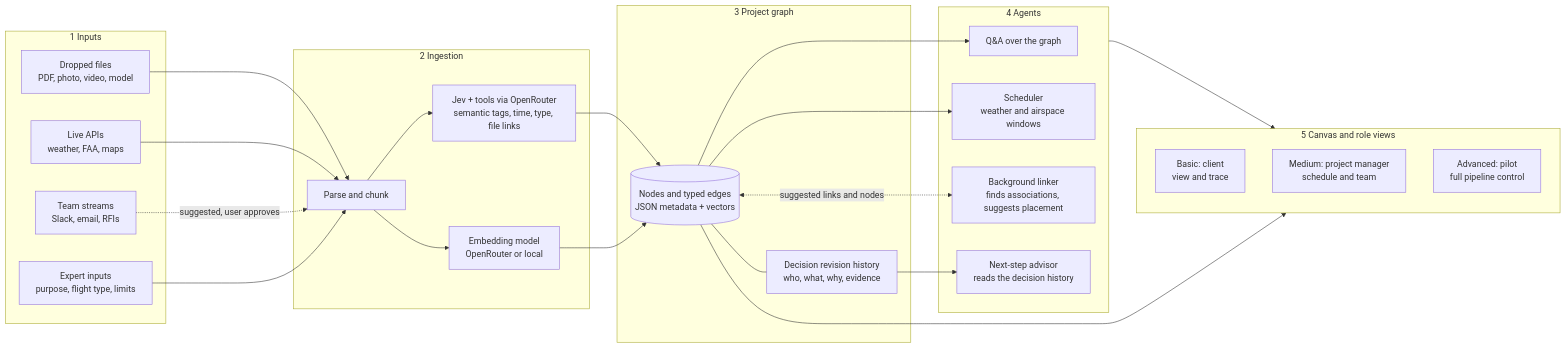
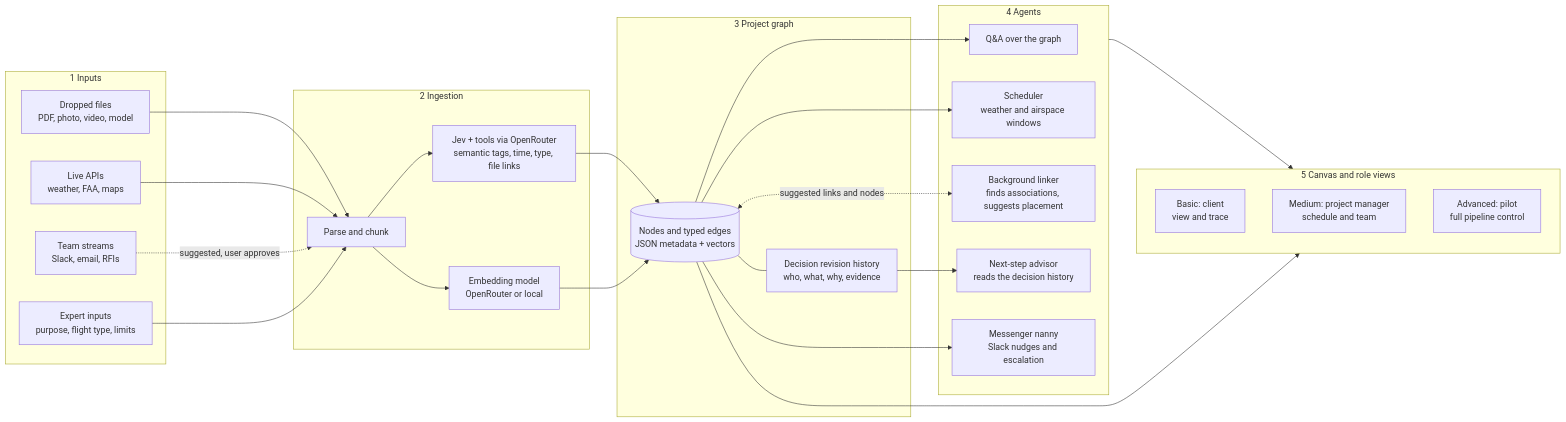
Before and after one commit to shermanry/agentic_project_management_aetech2026: the diagram in Ryan/plan.md, drawn with Mermaid. The commit also changed other lines of this file and 1 other file, not shown here.

Commit message:
Add Slack messenger nanny for deliverables and dropped balls

````diff
--- a/Ryan/plan.md
+++ b/Ryan/plan.md
@@ -25,48 +25,50 @@
 ```mermaid
 flowchart LR
     subgraph IN["1 Inputs"]
         A1["Dropped files<br/>PDF, photo, video, model"]
         A2["Live APIs<br/>weather, FAA, maps"]
         A3["Team streams<br/>Slack, email, RFIs"]
         A4["Expert inputs<br/>purpose, flight type, limits"]
     end
 
     subgraph ING["2 Ingestion"]
         B1["Parse and chunk"]
         B2["Jev + tools via OpenRouter<br/>semantic tags, time, type, file links"]
         B3["Embedding model<br/>OpenRouter or local"]
     end
 
     subgraph G["3 Project graph"]
         C1[("Nodes and typed edges<br/>JSON metadata + vectors")]
         C2["Decision revision history<br/>who, what, why, evidence"]
     end
 
     subgraph AG["4 Agents"]
         D1["Q&A over the graph"]
         D2["Scheduler<br/>weather and airspace windows"]
         D3["Background linker<br/>finds associations, suggests placement"]
         D4["Next-step advisor<br/>reads the decision history"]
+        D5["Messenger nanny<br/>Slack nudges and escalation"]
     end
 
     subgraph UI["5 Canvas and role views"]
         direction TB
         E1["Basic: client<br/>view and trace"]
         E2["Medium: project manager<br/>schedule and team"]
         E3["Advanced: pilot<br/>full pipeline control"]
     end
 
     A1 --> B1
     A2 --> B1
     A3 -. "suggested, user approves" .-> B1
     A4 --> B1
     B1 --> B2 --> C1
     B1 --> B3 --> C1
     C1 --- C2
     C1 --> D1
     C1 --> D2
     C1 <-. "suggested links and nodes" .-> D3
     C2 --> D4
+    C1 --> D5
     AG --> UI
     C1 --> UI
 ```
````
